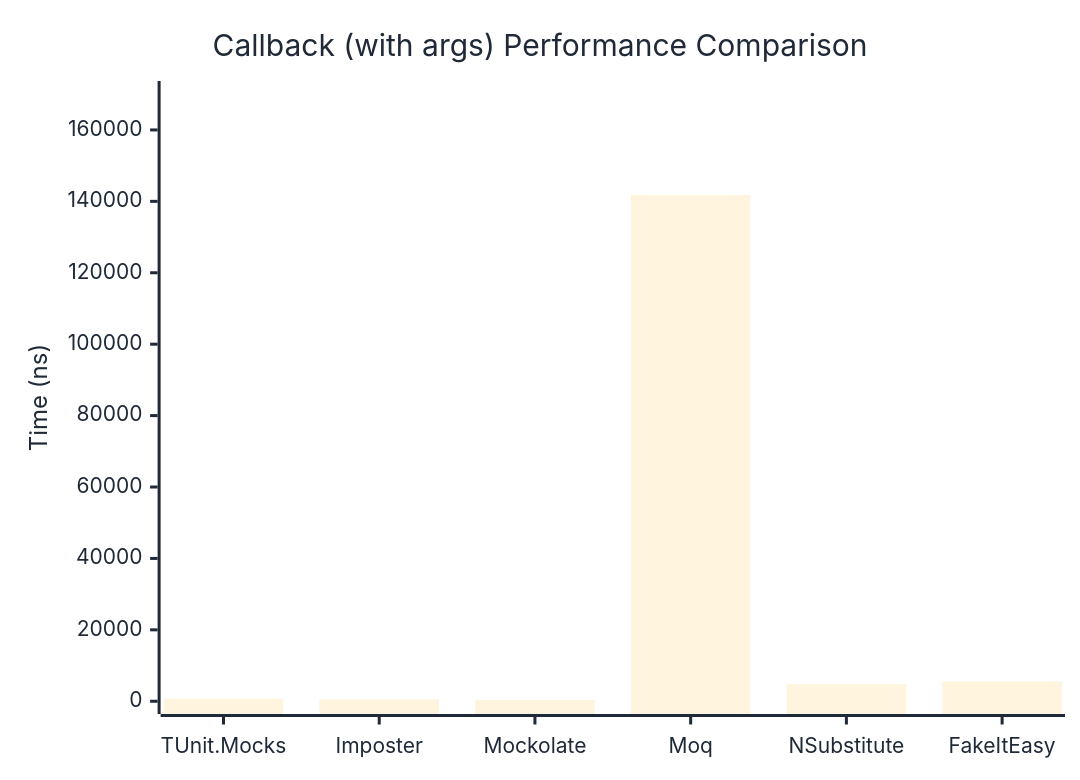
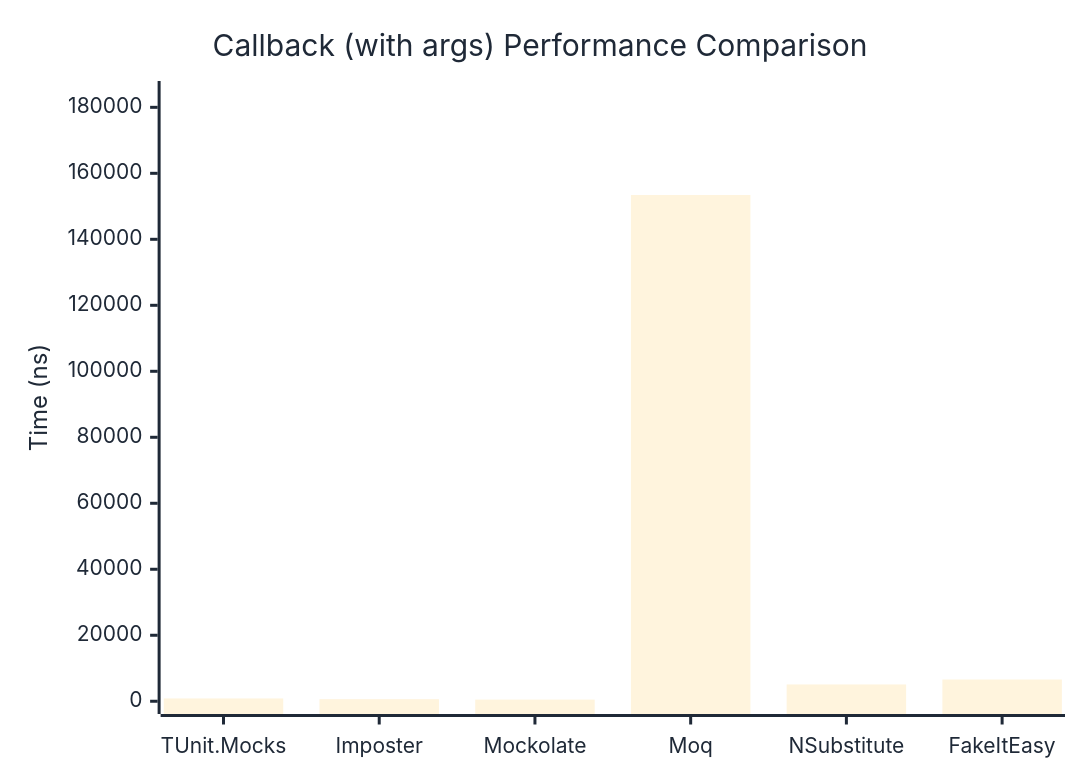
One commit to weiyilai/TUnit changed the second of 2 diagrams in docs/docs/benchmarks/mocks/Callback.md. Above: the diagram before and after it, drawn with Mermaid. The commit also changed other lines of this file and 14 other files, not shown here.

````diff
--- a/docs/docs/benchmarks/mocks/Callback.md
+++ b/docs/docs/benchmarks/mocks/Callback.md
@@ -69,27 +69,27 @@
 ```mermaid
 %%{init: {
   'theme':'base',
   'themeVariables': {
     'primaryColor': '#2563eb',
     'primaryTextColor': '#1f2937',
     'primaryBorderColor': '#1e40af',
     'lineColor': '#6b7280',
     'secondaryColor': '#7c3aed',
     'tertiaryColor': '#dc2626',
     'background': '#ffffff',
     'pie1': '#2563eb',
     'pie2': '#7c3aed',
     'pie3': '#dc2626',
     'pie4': '#f59e0b',
     'pie5': '#10b981',
     'pie6': '#06b6d4',
     'pie7': '#ec4899',
     'pie8': '#6366f1'
   }
 }}%%
 xychart-beta
   title "Callback (with args) Performance Comparison"
   x-axis ["TUnit.Mocks", "Imposter", "Mockolate", "Moq", "NSubstitute", "FakeItEasy"]
-  y-axis "Time (ns)" 0 --> 170136
-  bar [710.4, 553.8, 401.8, 141779.4, 4804.9, 5540.7]
+  y-axis "Time (ns)" 0 --> 184115
+  bar [852.8, 633.5, 500.8, 153428.6, 5095.5, 6588.3]
 ```
````
